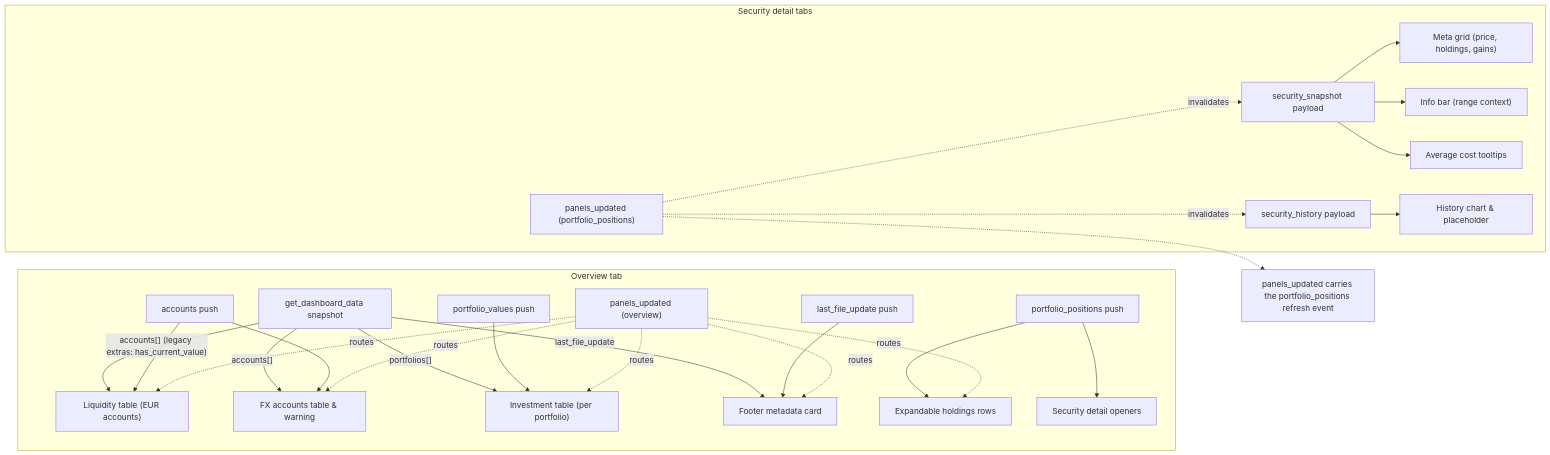
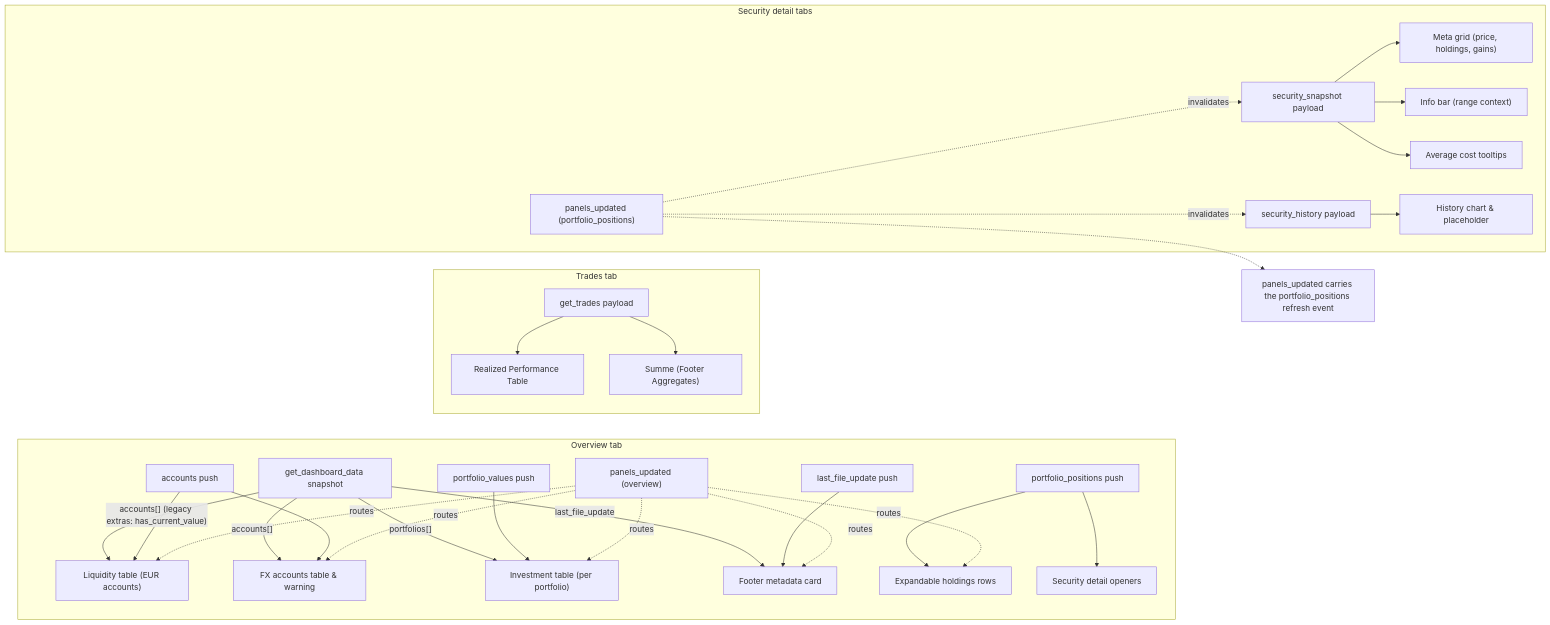
Before and after one commit to Freakandi/ha-pp-reader: the diagram in datamodel/dataflow_frontend.md, drawn with Mermaid. The commit also changed other lines of this file and 11 other files, not shown here.

````diff
--- a/datamodel/dataflow_frontend.md
+++ b/datamodel/dataflow_frontend.md
@@ -5,48 +5,54 @@
 ```mermaid
 ---
 id: 42839b89-6c94-40be-8a54-e17296222dfa
 ---
 flowchart LR
   subgraph OverviewTab["Overview tab"]
     Snapshot["get_dashboard_data snapshot"]
     AccountsPush["accounts push"]
     PortfolioPush["portfolio_values push"]
     PositionsPush["portfolio_positions push"]
     LastFilePush["last_file_update push"]
     PanelsUpdated["panels_updated (overview)"]
 
     Snapshot -- "accounts[] (legacy extras: has_current_value)" --> EurTable["Liquidity table (EUR accounts)"]
     Snapshot -- "accounts[]" --> FxTable["FX accounts table & warning"]
     Snapshot -- "portfolios[]" --> PortfolioTable["Investment table (per portfolio)"]
     Snapshot -- "last_file_update" --> FooterCard["Footer metadata card"]
     PortfolioPush --> PortfolioTable
     AccountsPush --> EurTable
     AccountsPush --> FxTable
     LastFilePush --> FooterCard
     PositionsPush --> ExpandableRows["Expandable holdings rows"]
     PositionsPush --> DetailLaunchers["Security detail openers"]
 
     PanelsUpdated -.routes.-> EurTable
     PanelsUpdated -.routes.-> FxTable
     PanelsUpdated -.routes.-> PortfolioTable
     PanelsUpdated -.routes.-> ExpandableRows
     PanelsUpdated -.routes.-> FooterCard
   end
 
+  subgraph TradesTab["Trades tab"]
+    TradesData["get_trades payload"]
+    TradesData --> TradesTable["Realized Performance Table"]
+    TradesData --> TradesFooter["Summe (Footer Aggregates)"]
+  end
+
   subgraph SecurityTab["Security detail tabs"]
     SecuritySnapshot["security_snapshot payload"]
     SecurityHistory["security_history payload"]
     PanelsUpdatedDetail["panels_updated (portfolio_positions)"]
 
     SecuritySnapshot --> DetailHeader["Meta grid (price, holdings, gains)"]
     SecuritySnapshot --> DetailInfoBar["Info bar (range context)"]
     SecuritySnapshot --> AverageTooltips["Average cost tooltips"]
     SecurityHistory --> HistoryChart["History chart & placeholder"]
 
     PanelsUpdatedDetail -.invalidates.-> SecuritySnapshot
     PanelsUpdatedDetail -.invalidates.-> SecurityHistory
   end
 
   PanelsUpdatedDetailNote["panels_updated carries the portfolio_positions refresh event"]
   PanelsUpdatedDetail -.-> PanelsUpdatedDetailNote
 ```
````
